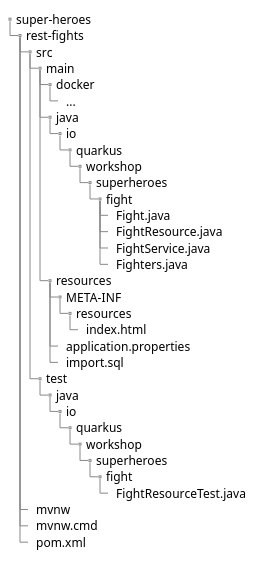
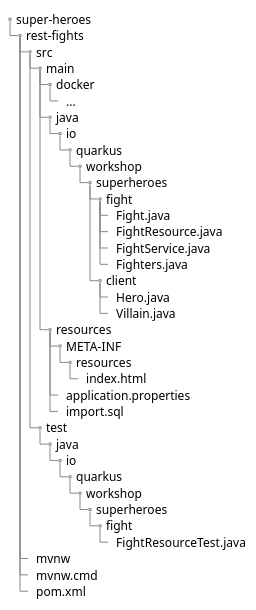
One commit to quarkusio/quarkus-workshops changed the diagram in quarkus-workshop-super-heroes/docs/src/main/asciidoc/4-microservices/microservices-fight.adoc. Above: the diagram before and after it, drawn with PlantUML. The commit also changed other lines of this file and 2 other files, not shown here.

```diff
--- a/quarkus-workshop-super-heroes/docs/src/main/asciidoc/4-microservices/microservices-fight.adoc
+++ b/quarkus-workshop-super-heroes/docs/src/main/asciidoc/4-microservices/microservices-fight.adoc
@@ -56,43 +56,46 @@
 [plantuml]
 ----
 @startsalt
 {
 {
 T
 super-heroes
 +  rest-fights
 ++  src
 +++  main
 ++++  docker
 +++++  ...
 ++++  java
 +++++  io
 ++++++  quarkus
 +++++++  workshop
 ++++++++  superheroes
 +++++++++  fight
 ++++++++++  Fight.java
 ++++++++++  FightResource.java
 ++++++++++  FightService.java
 ++++++++++  Fighters.java
++++++++++  client
+++++++++++  Hero.java
+++++++++++  Villain.java
 ++++  resources
 +++++  META-INF
 ++++++  resources
 +++++++  index.html
 +++++  application.properties
 +++++  import.sql
 +++  test
 ++++  java
 +++++  io
 ++++++  quarkus
 +++++++  workshop
 ++++++++  superheroes
 +++++++++  fight
 ++++++++++  FightResourceTest.java
 ++  mvnw
 ++  mvnw.cmd
 ++  pom.xml
 }
 }
 @endsalt
 ----
```
